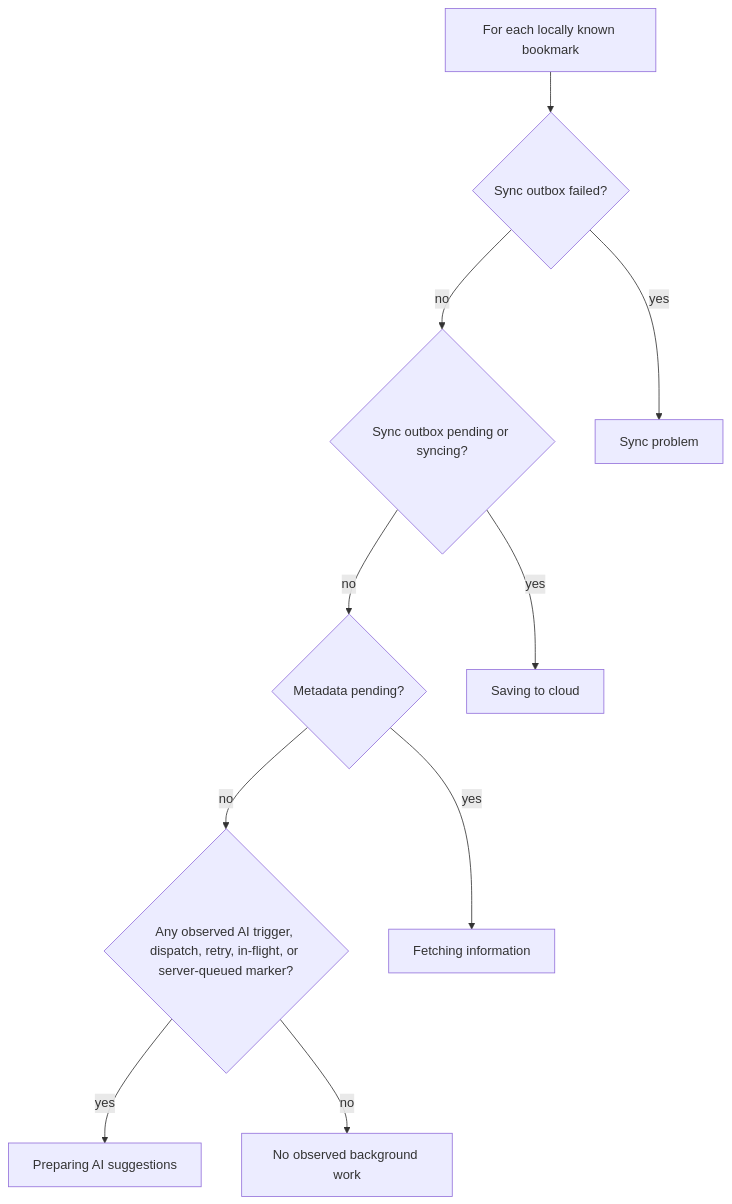
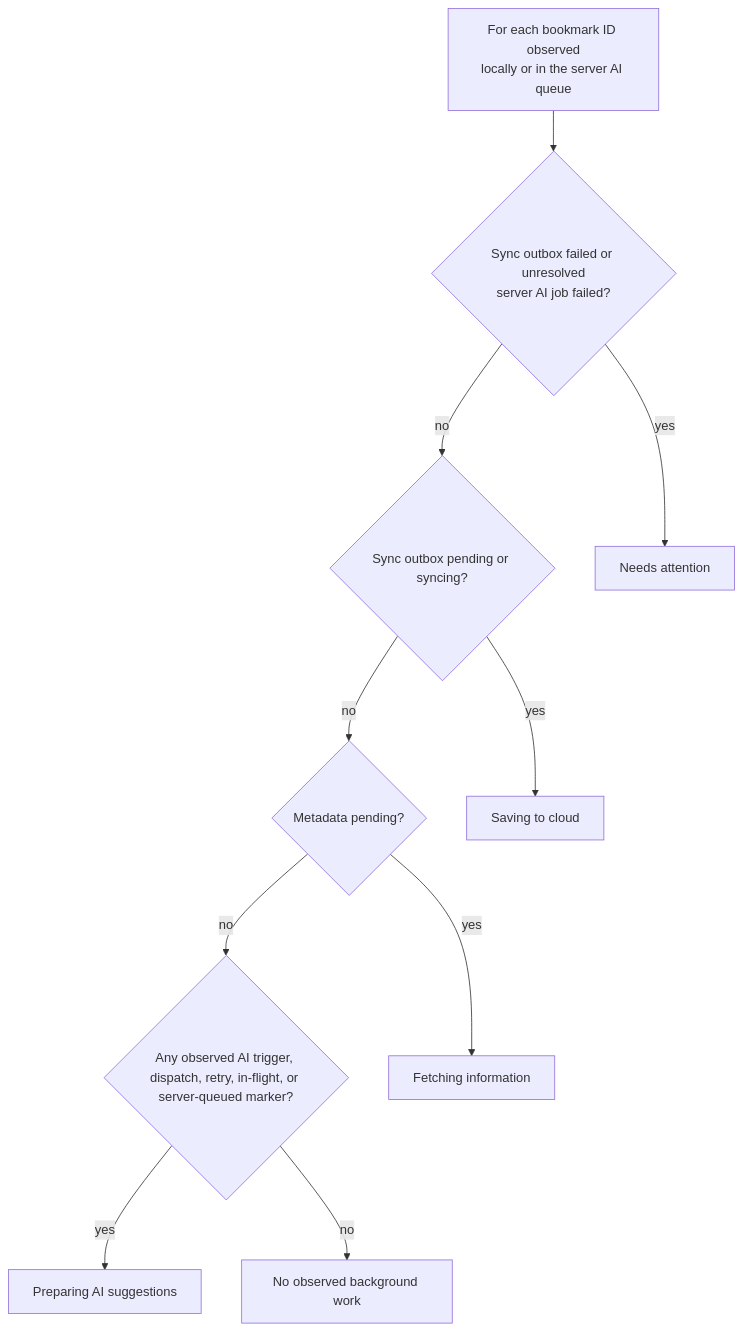
The seventh of 7 diagrams in docs/architecture/bookmark-processing-statechart.md (stlim0727/stash), drawn with Mermaid before and after one commit. The commit also changed other lines of this file and 15 other files, not shown here.

````diff
--- a/docs/architecture/bookmark-processing-statechart.md
+++ b/docs/architecture/bookmark-processing-statechart.md
@@ -283,18 +283,18 @@
 ```mermaid
 flowchart TD
-  start[For each locally known bookmark]
-  qFailed{Sync outbox failed?}
+  start[For each bookmark ID observed<br/>locally or in the server AI queue]
+  qFailed{Sync outbox failed or unresolved<br/>server AI job failed?}
   qActive{Sync outbox pending or syncing?}
   metadata{Metadata pending?}
   ai{Any observed AI trigger, dispatch, retry, in-flight, or server-queued marker?}
 
   start --> qFailed
-  qFailed -->|yes| syncError[Sync problem]
+  qFailed -->|yes| syncError[Needs attention]
   qFailed -->|no| qActive
   qActive -->|yes| cloud[Saving to cloud]
   qActive -->|no| metadata
   metadata -->|yes| info[Fetching information]
   metadata -->|no| ai
   ai -->|yes| aiStage[Preparing AI suggestions]
   ai -->|no| settled[No observed background work]
 ```
````
